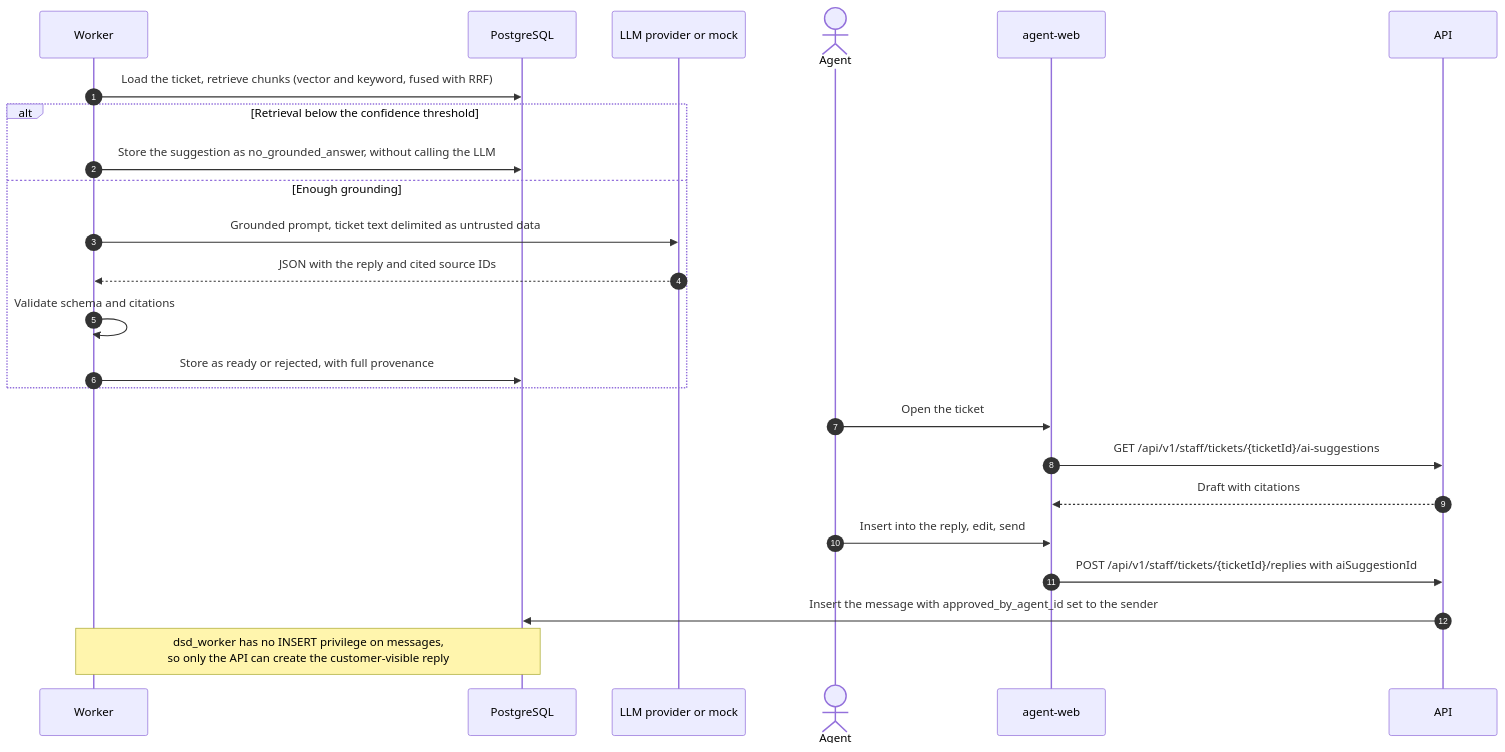
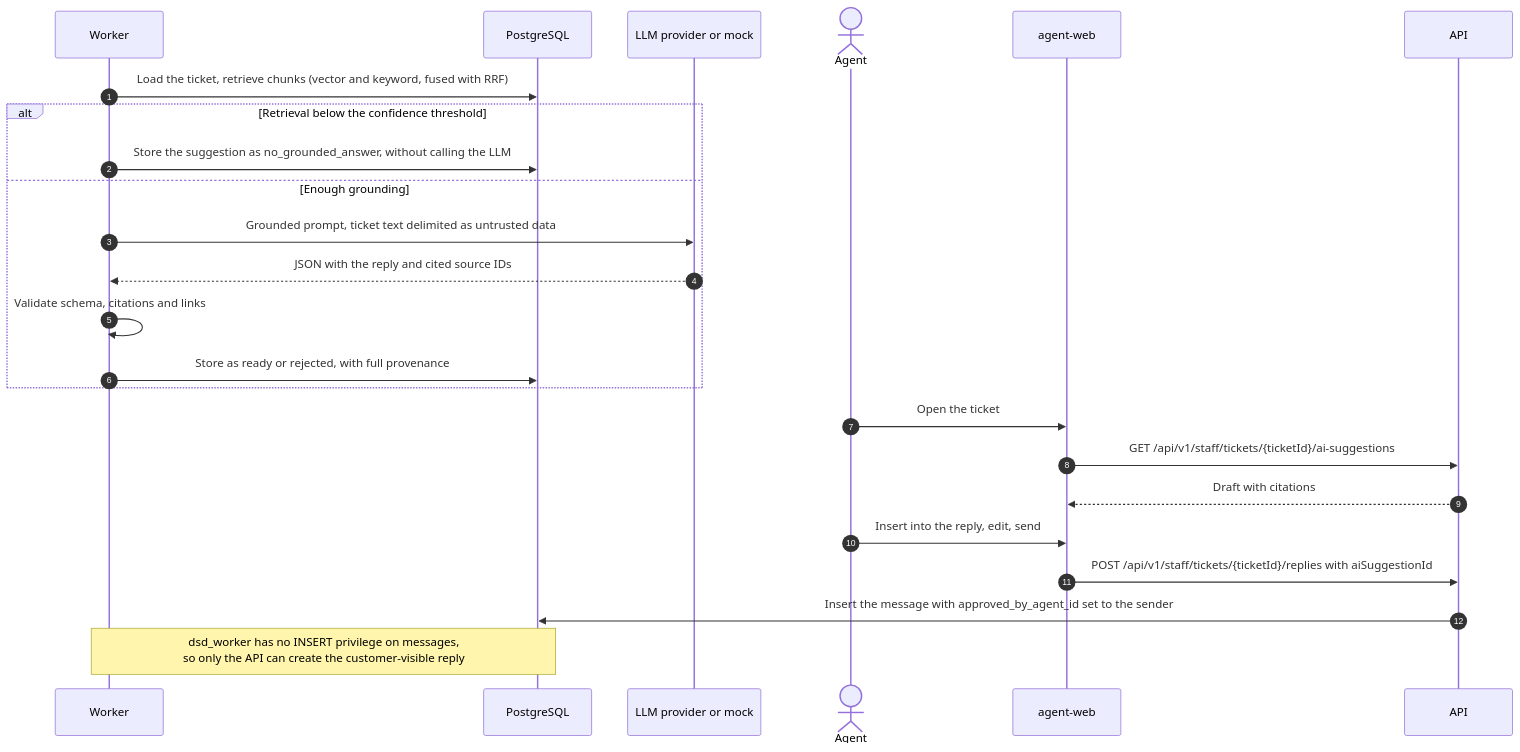
Before and after one commit to AqeelDEV/dsd-support-system: the seventh of 8 diagrams in docs/ARCHITECTURE.md, drawn with Mermaid. The commit also changed other lines of this file and 9 other files, not shown here.

````diff
--- a/docs/ARCHITECTURE.md
+++ b/docs/ARCHITECTURE.md
@@ -257,26 +257,26 @@
 ```mermaid
 sequenceDiagram
     autonumber
     participant W as Worker
     participant P as PostgreSQL
     participant L as LLM provider or mock
     actor Ag as Agent
     participant AW as agent-web
     participant A as API
     W->>P: Load the ticket, retrieve chunks (vector and keyword, fused with RRF)
     alt Retrieval below the confidence threshold
         W->>P: Store the suggestion as no_grounded_answer, without calling the LLM
     else Enough grounding
         W->>L: Grounded prompt, ticket text delimited as untrusted data
         L-->>W: JSON with the reply and cited source IDs
-        W->>W: Validate schema and citations
+        W->>W: Validate schema, citations and links
         W->>P: Store as ready or rejected, with full provenance
     end
     Ag->>AW: Open the ticket
     AW->>A: GET /api/v1/staff/tickets/{ticketId}/ai-suggestions
     A-->>AW: Draft with citations
     Ag->>AW: Insert into the reply, edit, send
     AW->>A: POST /api/v1/staff/tickets/{ticketId}/replies with aiSuggestionId
     A->>P: Insert the message with approved_by_agent_id set to the sender
     Note over W,P: dsd_worker has no INSERT privilege on messages,<br/>so only the API can create the customer-visible reply
 ```
````
